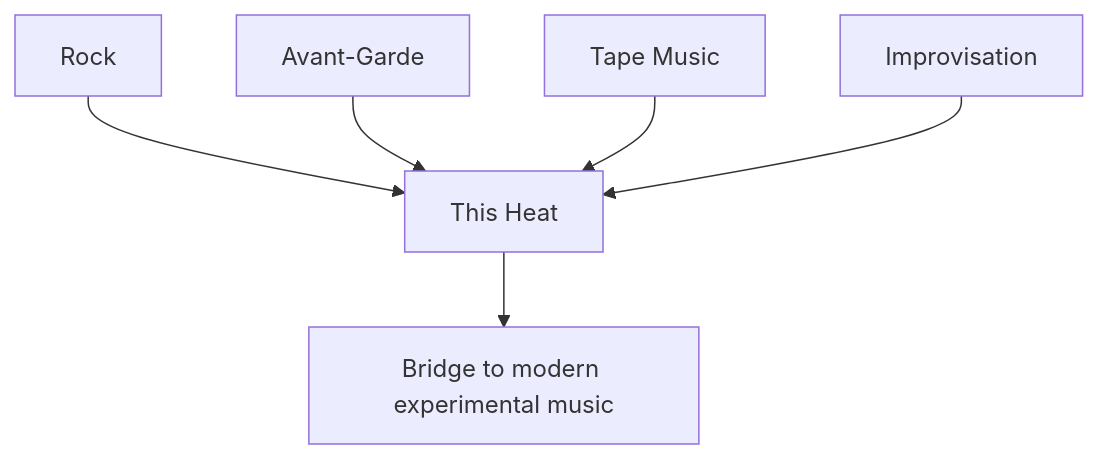
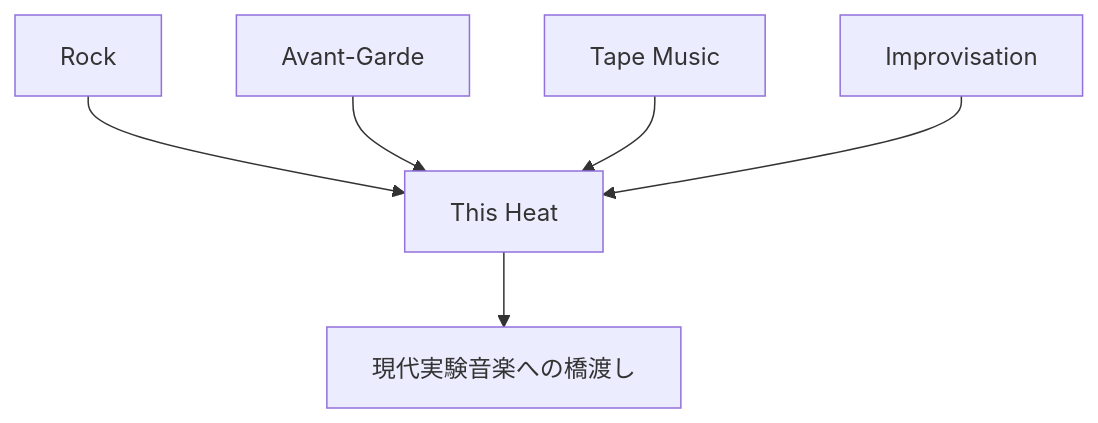
The tenth of 10 diagrams in en/_posts/2026-05-16-column-this-heat.md (monumental-movement/monumental-movement.github.io), drawn with Mermaid before and after one commit. The commit also changed other lines of this file and 2196 other files, not shown here.

```diff
--- a/en/_posts/2026-05-16-column-this-heat.md
+++ b/en/_posts/2026-05-16-column-this-heat.md
@@ -413,8 +413,8 @@
 <div class="mermaid">
 flowchart TD
 A["Rock"] --> E["This Heat"]
 B["Avant-Garde"] --> E
 C["Tape Music"] --> E
 D["Improvisation"] --> E
-E --> F["Bridge to modern experimental music"]
+E --> F["現代実験音楽への橋渡し"]
 </div>
```
